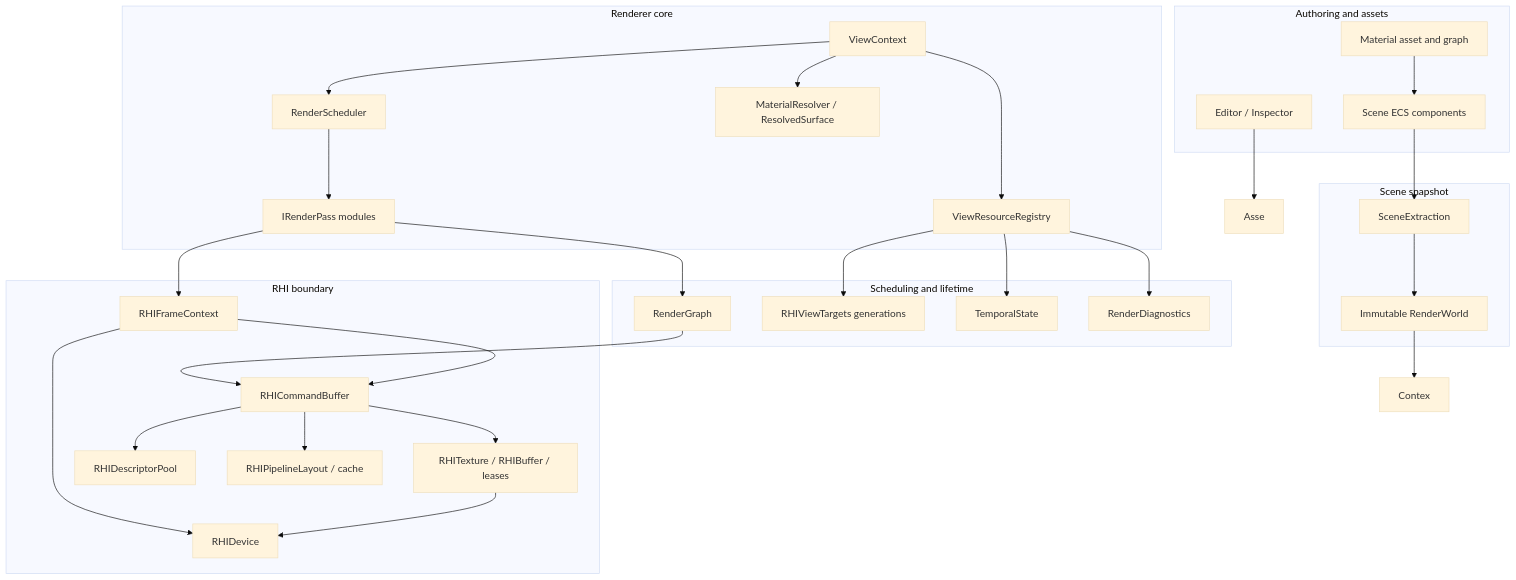
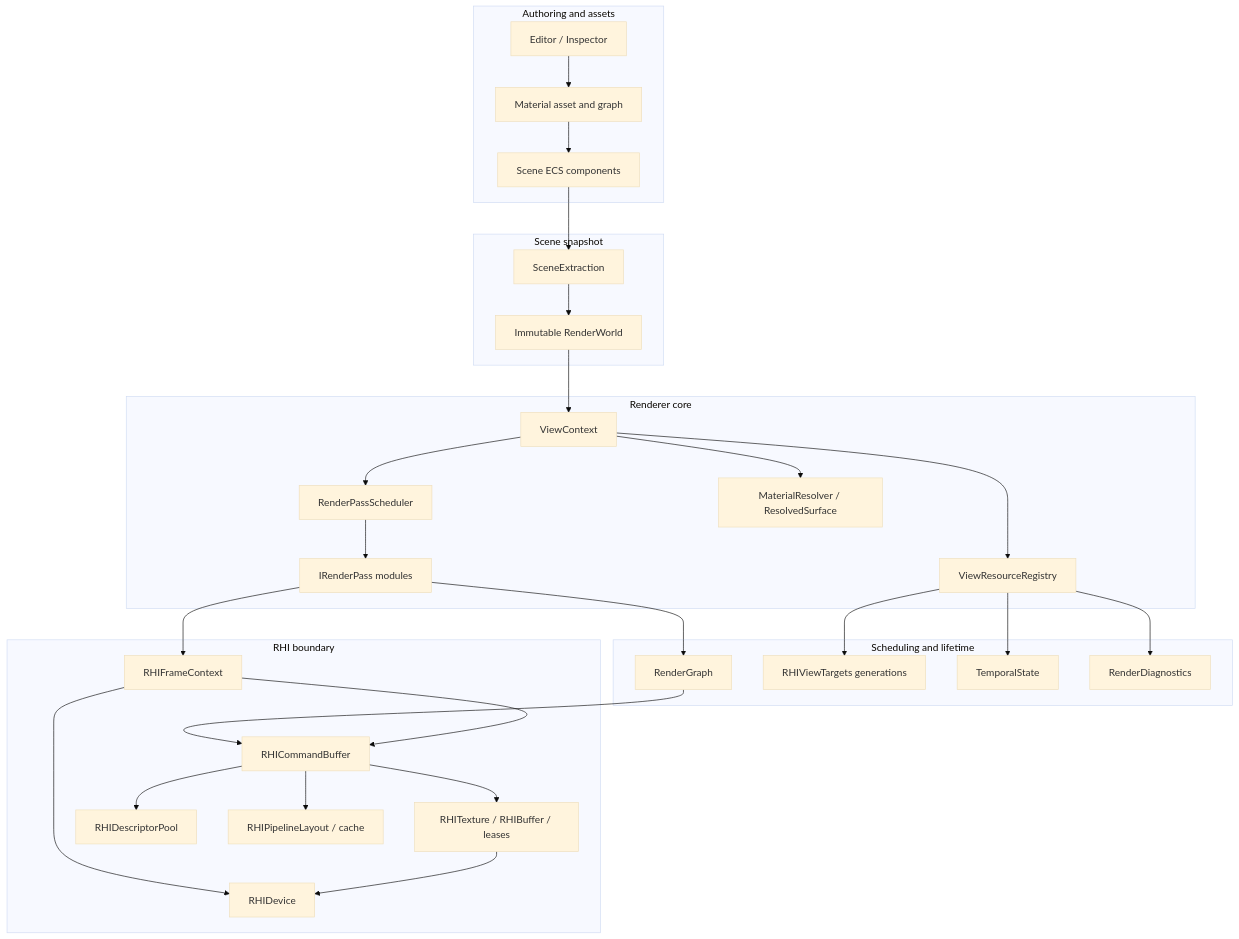
One commit to nguyenphong0210/AxleEngine changed the first of 5 diagrams in docs/milestones/MILESTONE_14_RENDER_ARCHITECTURE/ARCHITECTURE.md. Above: the diagram before and after it, drawn with Mermaid (base theme). The commit also changed other lines of this file and 9 other files, not shown here.

````diff
--- a/docs/milestones/MILESTONE_14_RENDER_ARCHITECTURE/ARCHITECTURE.md
+++ b/docs/milestones/MILESTONE_14_RENDER_ARCHITECTURE/ARCHITECTURE.md
@@ -21,58 +21,58 @@
 ```mermaid
 flowchart TB
     subgraph Authoring["Authoring and assets"]
         Inspector["Editor / Inspector"]
         Asset["Material asset and graph"]
         SceneECS["Scene ECS components"]
     end
 
     subgraph Snapshot["Scene snapshot"]
         Extract["SceneExtraction"]
         World["Immutable RenderWorld"]
     end
 
     subgraph RenderCore["Renderer core"]
         Context["ViewContext"]
-        Scheduler["RenderScheduler"]
+        Scheduler["RenderPassScheduler"]
         Surface["MaterialResolver / ResolvedSurface"]
         Registry["ViewResourceRegistry"]
         Passes["IRenderPass modules"]
     end
 
     subgraph Graph["Scheduling and lifetime"]
         RG["RenderGraph"]
         Targets["RHIViewTargets generations"]
         Temporal["TemporalState"]
         Diagnostics["RenderDiagnostics"]
     end
 
     subgraph RHI["RHI boundary"]
         Frame["RHIFrameContext"]
         Commands["RHICommandBuffer"]
         Device["RHIDevice"]
         Resources["RHITexture / RHIBuffer / leases"]
         Descriptors["RHIDescriptorPool"]
         Pipelines["RHIPipelineLayout / cache"]
     end
 
-    Inspector --> Asse
+    Inspector --> Asset
     Asset --> SceneECS
     SceneECS --> Extract --> World
-    World --> Contex
+    World --> Context
     Context --> Scheduler
     Context --> Surface
     Context --> Registry
     Scheduler --> Passes
     Passes --> RG
     Registry --> Targets
     Registry --> Temporal
     Registry --> Diagnostics
     Passes --> Frame
     RG --> Commands
     Frame --> Commands
     Commands --> Resources
     Commands --> Descriptors
     Commands --> Pipelines
     Frame --> Device
     Resources --> Device
 ```
````
